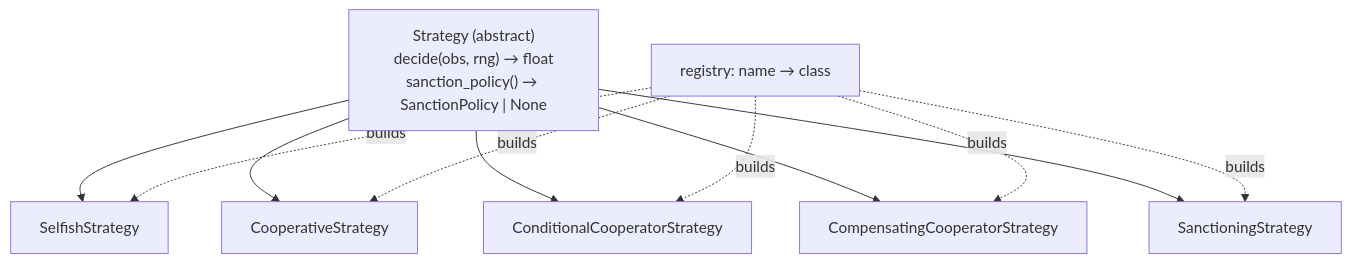
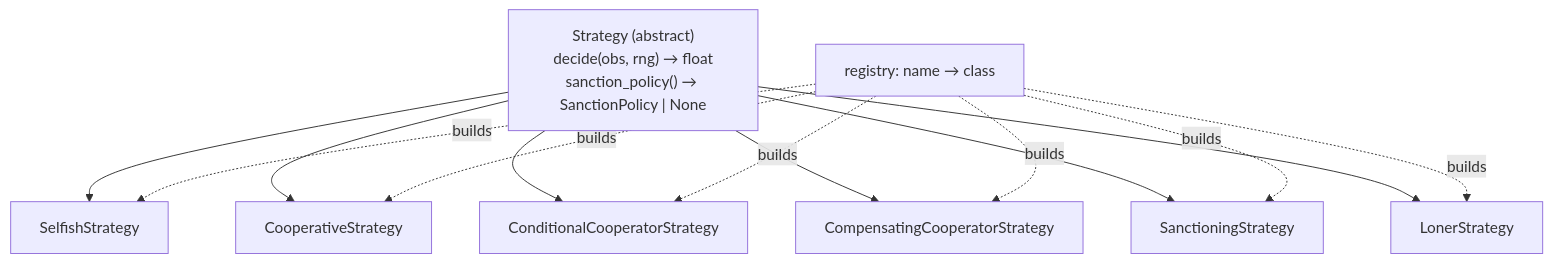
Before and after one commit to loonaarc/wfp2: the fourth of 6 diagrams in docs/code-walkthrough.md, drawn with Mermaid. The commit also changed other lines of this file and 25 other files, not shown here.

````diff
--- a/docs/code-walkthrough.md
+++ b/docs/code-walkthrough.md
@@ -270,9 +277,10 @@
 ```mermaid
 flowchart TB
     S["Strategy (abstract)<br/>decide(obs, rng) → float<br/>sanction_policy() → SanctionPolicy | None"] --> Se["SelfishStrategy"]
     S --> Co["CooperativeStrategy"]
     S --> Cc["ConditionalCooperatorStrategy"]
     S --> Cp["CompensatingCooperatorStrategy"]
     S --> Sa["SanctioningStrategy"]
-    R["registry: name → class"] -.builds.-> Se & Co & Cc & Cp & Sa
+    S --> Lo["LonerStrategy"]
+    R["registry: name → class"] -.builds.-> Se & Co & Cc & Cp & Sa & Lo
 ```
````
